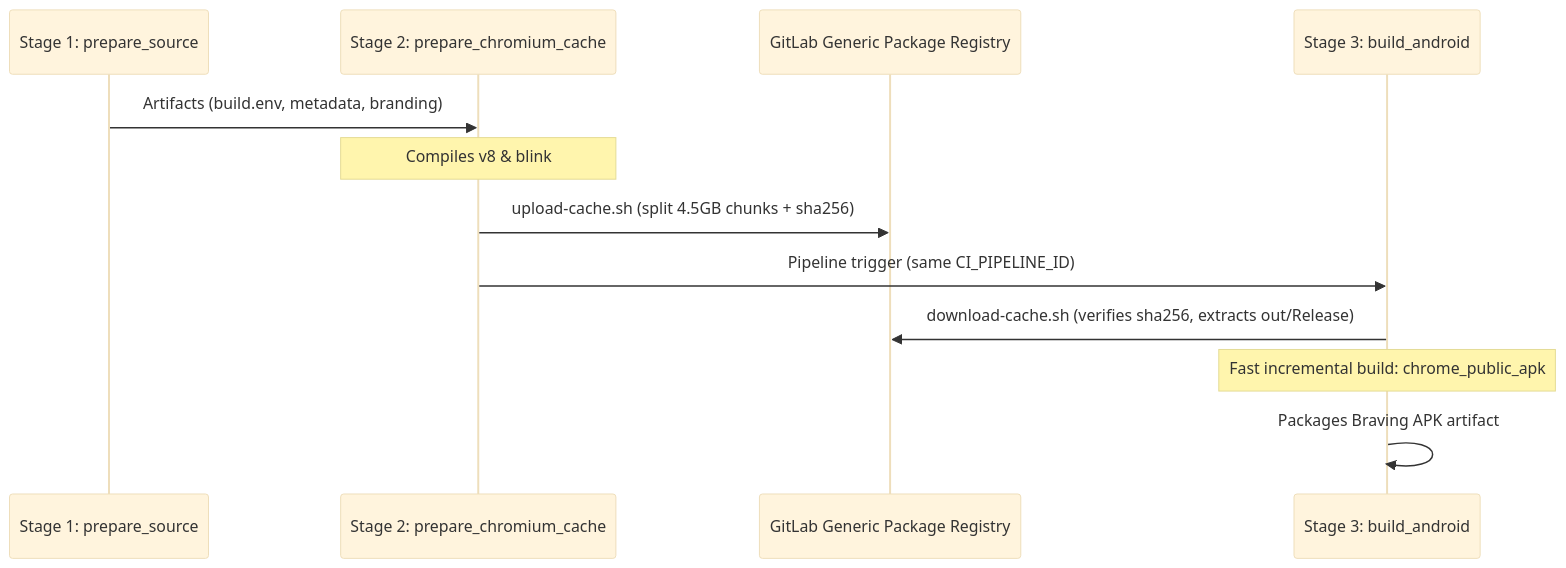
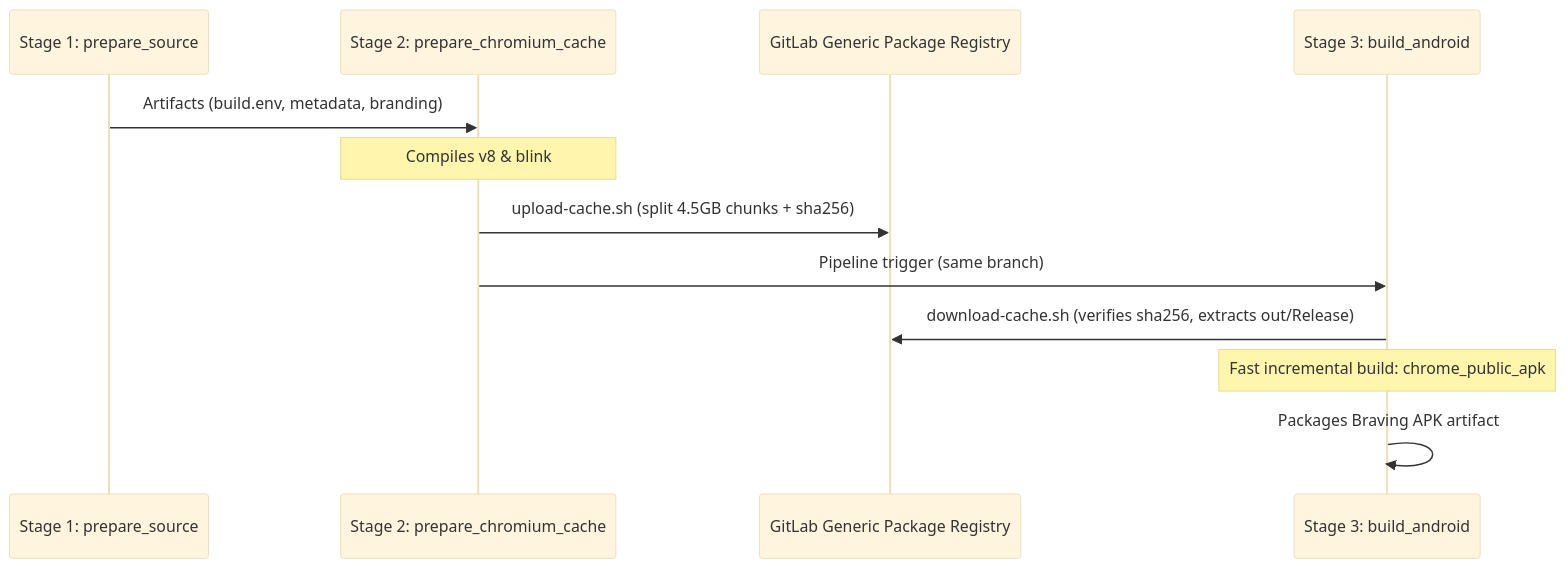
Before and after one commit to gajera1080/CeriumBrowser: the second of 2 diagrams in .agents/skills/braving/SKILL.md, drawn with Mermaid (base theme). The commit also changed other lines of this file and 3 other files, not shown here.

Commit message:
fix(ci): restore cross-pipeline caching by scoping to branch instead of pipeline ID

````diff
--- a/.agents/skills/braving/SKILL.md
+++ b/.agents/skills/braving/SKILL.md
@@ -163,15 +163,15 @@
 ```mermaid
 sequenceDiagram
     participant S1 as Stage 1: prepare_source
     participant S2 as Stage 2: prepare_chromium_cache
     participant Reg as GitLab Generic Package Registry
     participant S3 as Stage 3: build_android
 
     S1->>S2: Artifacts (build.env, metadata, branding)
     Note over S2: Compiles v8 & blink
     S2->>Reg: upload-cache.sh (split 4.5GB chunks + sha256)
-    S2->>S3: Pipeline trigger (same CI_PIPELINE_ID)
+    S2->>S3: Pipeline trigger (same branch)
     S3->>Reg: download-cache.sh (verifies sha256, extracts out/Release)
     Note over S3: Fast incremental build: chrome_public_apk
     S3->>S3: Packages Braving APK artifact
 ```
````
